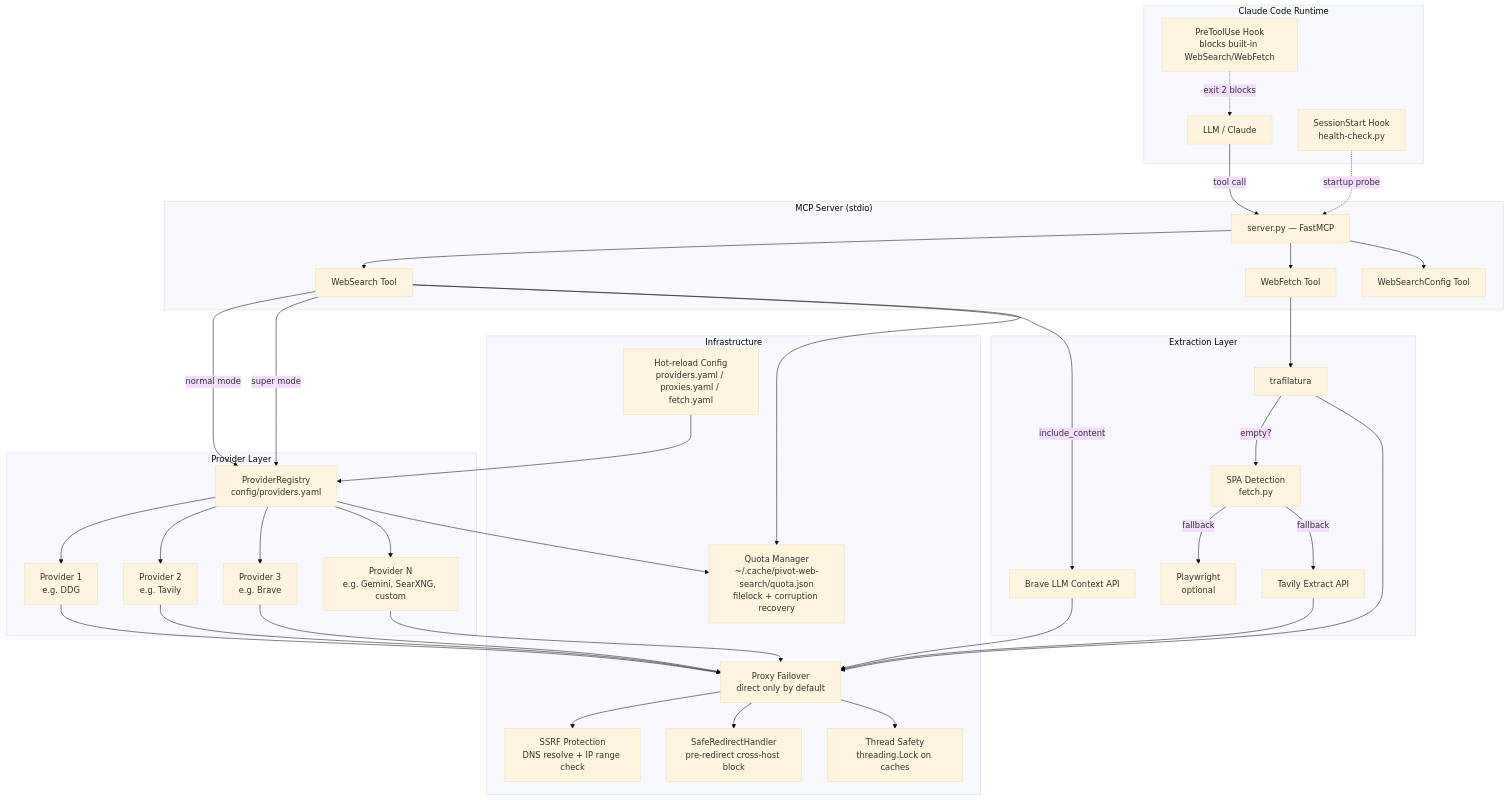
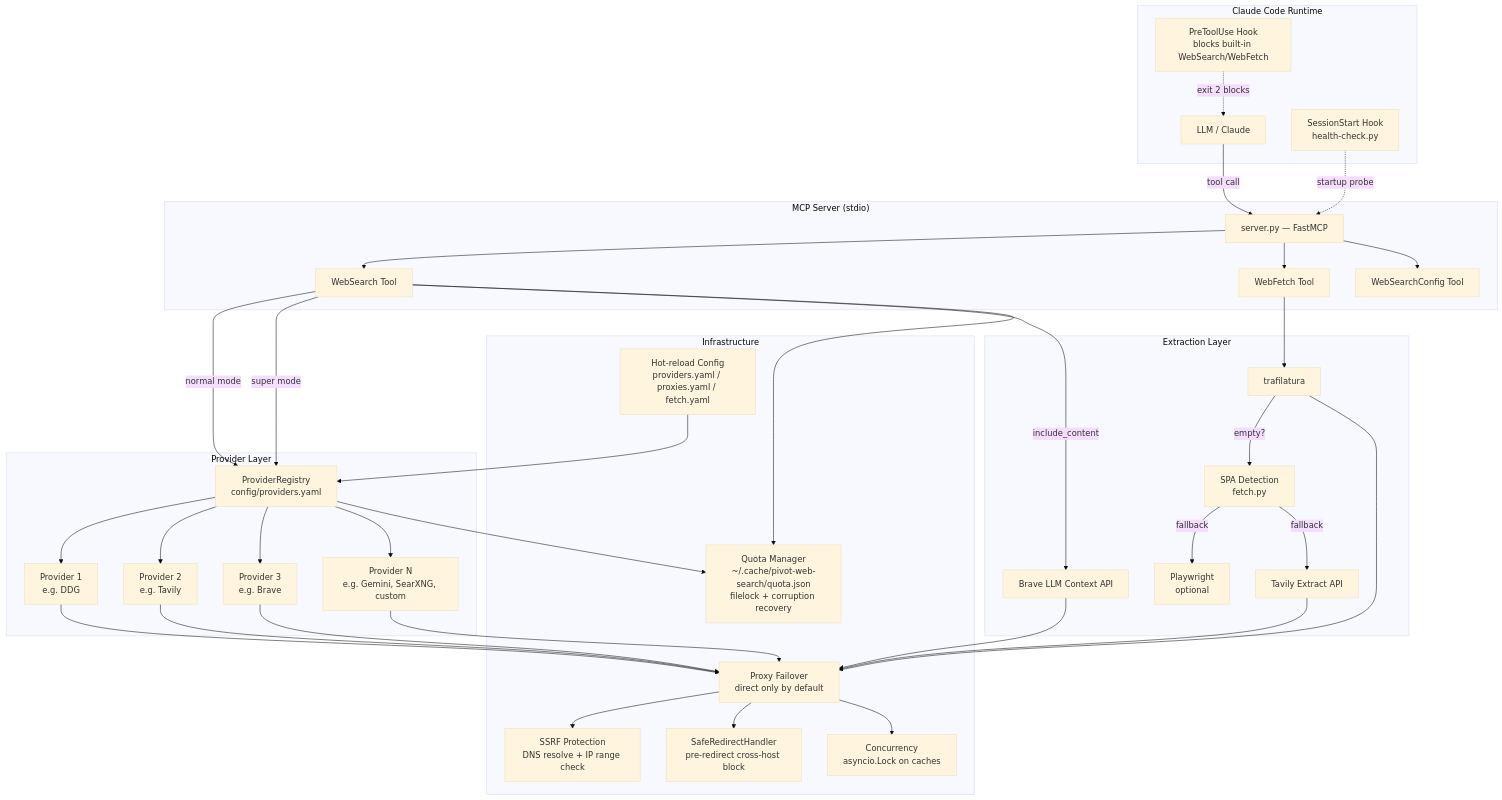
Before and after one commit to Tannnnhauser/pivot-web-search: the first of 5 diagrams in docs/architecture.md, drawn with Mermaid (base theme). The commit also changed other lines of this file and 7 other files, not shown here.

````diff
--- a/docs/architecture.md
+++ b/docs/architecture.md
@@ -5,77 +5,77 @@
 ```mermaid
 graph TB
     subgraph "Claude Code Runtime"
         LLM[LLM / Claude]
         Hook[PreToolUse Hook<br/>blocks built-in WebSearch/WebFetch]
         Health[SessionStart Hook<br/>health-check.py]
     end
 
     subgraph "MCP Server (stdio)"
         Server[server.py — FastMCP]
         WS[WebSearch Tool]
         WF[WebFetch Tool]
         WC[WebSearchConfig Tool]
     end
 
     subgraph "Provider Layer"
         Registry[ProviderRegistry<br/>config/providers.yaml]
         P1[Provider 1<br/>e.g. DDG]
         P2[Provider 2<br/>e.g. Tavily]
         P3[Provider 3<br/>e.g. Brave]
         PN[Provider N<br/>e.g. Gemini, SearXNG, custom]
     end
 
     subgraph "Extraction Layer"
         Traf[trafilatura]
         SPA[SPA Detection<br/>fetch.py]
         PW[Playwright<br/>optional]
         TE[Tavily Extract API]
         BLC[Brave LLM Context API]
     end
 
     subgraph "Infrastructure"
         Proxy[Proxy Failover<br/>direct only by default]
         Quota[Quota Manager<br/>~/.cache/pivot-web-search/quota.json<br/>filelock + corruption recovery]
         Config[Hot-reload Config<br/>providers.yaml / proxies.yaml / fetch.yaml]
-        Lock[Thread Safety<br/>threading.Lock on caches]
+        Lock[Concurrency<br/>asyncio.Lock on caches]
         SSRF[SSRF Protection<br/>DNS resolve + IP range check]
         Redirect[SafeRedirectHandler<br/>pre-redirect cross-host block]
     end
 
     LLM -->|tool call| Server
     Hook -.->|exit 2 blocks| LLM
     Health -.->|startup probe| Server
 
     Server --> WS
     Server --> WF
     Server --> WC
 
     WS -->|normal mode| Registry
     WS -->|super mode| Registry
     WS -->|include_content| BLC
     Registry --> P1
     Registry --> P2
     Registry --> P3
     Registry --> PN
 
     WF --> Traf
     Traf -->|empty?| SPA
     SPA -->|fallback| PW
     SPA -->|fallback| TE
 
     P1 --> Proxy
     P2 --> Proxy
     P3 --> Proxy
     PN --> Proxy
     Traf --> Proxy
     TE --> Proxy
     BLC --> Proxy
 
     Proxy --> SSRF
     Proxy --> Redirect
     Proxy --> Lock
 
     Registry --> Quota
     WS --> Quota
     Config --> Registry
 ```
````
